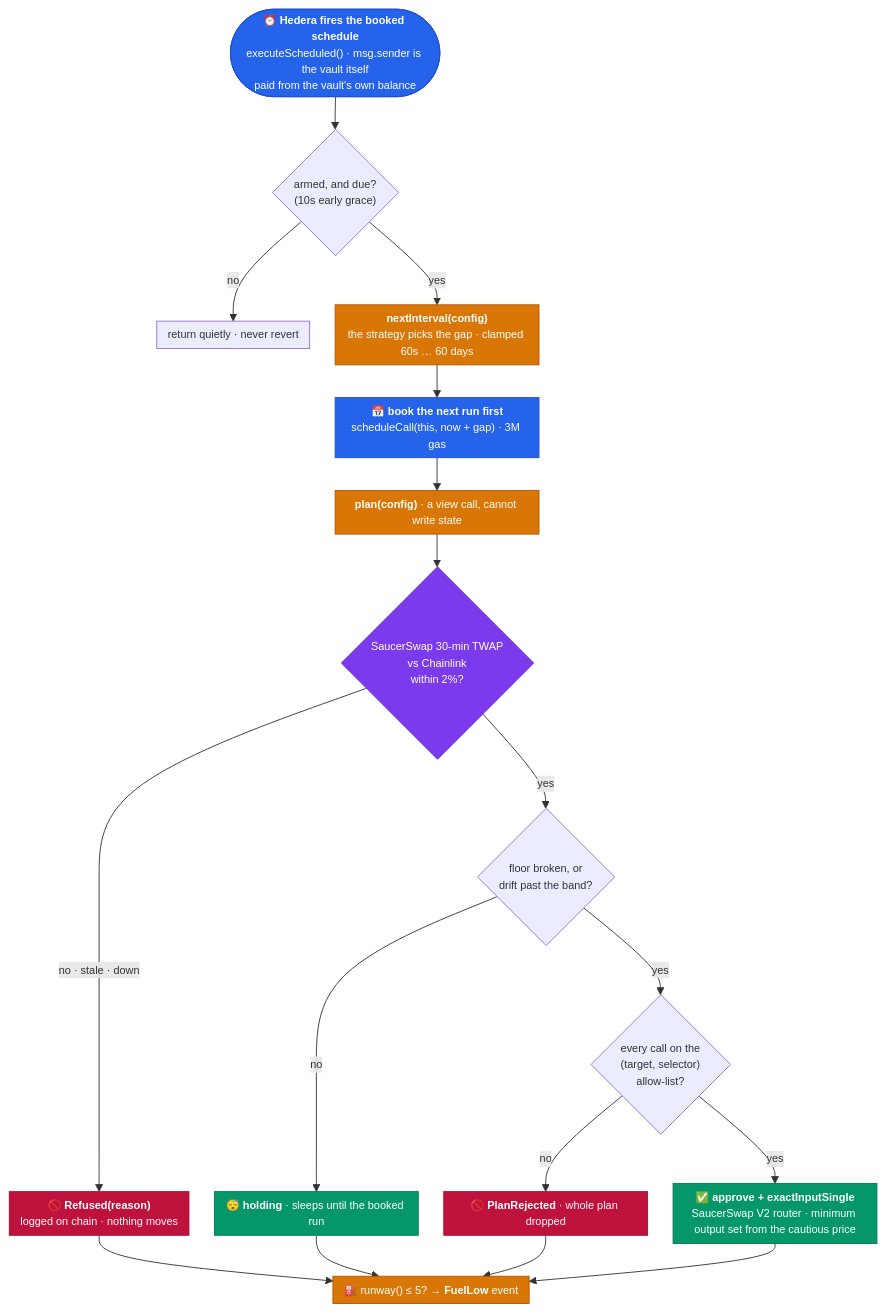
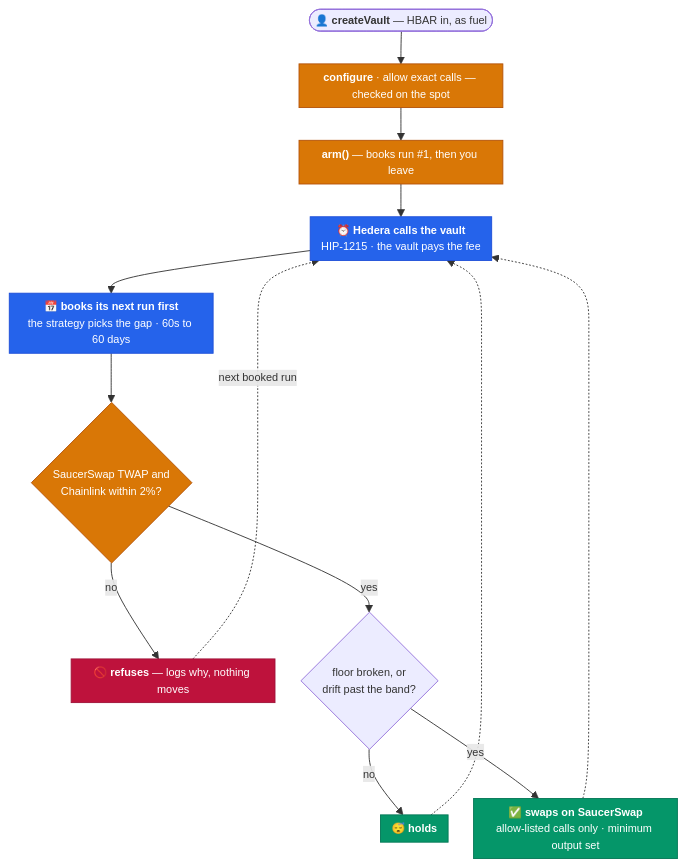
One commit to Madhav-Gupta-28/Nocturne changed the first of 2 diagrams in README.md. Above: the diagram before and after it, drawn with Mermaid. The commit also changed other lines of this file, not shown here.

Commit message:
Tighten the README: one flow diagram, one architecture diagram, no screenshots

````diff
--- a/README.md
+++ b/README.md
@@ -65,48 +53,40 @@
 ```mermaid
 ---
 config:
   flowchart:
     nodeSpacing: 28
     rankSpacing: 36
     padding: 6
     useMaxWidth: true
   themeVariables:
     fontSize: 12px
 ---
 flowchart TD
-    FIRE(["⏰ <b>Hedera fires the booked schedule</b><br/>executeScheduled() · msg.sender is the vault itself<br/>paid from the vault's own balance"])
-    FIRE --> ARMED
-    ARMED{"armed, and due?<br/>(10s early grace)"}
-    ARMED -->|no| NOOP["return quietly · never revert"]
-    ARMED -->|yes| ASK
-    ASK["<b>nextInterval(config)</b><br/>the strategy picks the gap · clamped 60s … 60 days"]
-    ASK --> BOOK
-    BOOK["📅 <b>book the next run first</b><br/>scheduleCall(this, now + gap) · 3M gas"]
-    BOOK --> PLAN
-    PLAN["<b>plan(config)</b> · a view call, cannot write state"]
-    PLAN --> GUARD
-    GUARD{"SaucerSwap 30-min TWAP<br/>vs Chainlink<br/>within 2%?"}
-    GUARD -->|"no · stale · down"| REF["🚫 <b>Refused(reason)</b><br/>logged on chain · nothing moves"]
-    GUARD -->|yes| ACT{"floor broken, or<br/>drift past the band?"}
-    ACT -->|no| HOLD["😴 <b>holding</b> · sleeps until the booked run"]
-    ACT -->|yes| ALLOW
-    ALLOW{"every call on the<br/>(target, selector)<br/>allow-list?"}
-    ALLOW -->|no| REJ["🚫 <b>PlanRejected</b> · whole plan dropped"]
-    ALLOW -->|yes| SWAP["✅ <b>approve + exactInputSingle</b><br/>SaucerSwap V2 router · minimum output set from the cautious price"]
-    SWAP --> FUEL
-    HOLD --> FUEL
-    REF --> FUEL
-    REJ --> FUEL
-    FUEL["⛽ runway() ≤ 5? → <b>FuelLow</b> event"]
+    NEW(["👤 <b>createVault</b> — HBAR in, as fuel"])
+    NEW --> CFG
+    CFG["<b>configure</b> · allow exact calls — checked on the spot"]
+    CFG --> ARM
+    ARM["<b>arm()</b> — books run #1, then you leave"]
+    ARM --> FIRE
+    FIRE["⏰ <b>Hedera calls the vault</b><br/>HIP-1215 · the vault pays the fee"]
+    FIRE --> BOOK
+    BOOK["📅 <b>books its next run first</b><br/>the strategy picks the gap · 60s to 60 days"]
+    BOOK --> AGREE
+    AGREE{"SaucerSwap TWAP and<br/>Chainlink within 2%?"}
+    AGREE -->|no| REF["🚫 <b>refuses</b> — logs why, nothing moves"]
+    AGREE -->|yes| DUE{"floor broken, or<br/>drift past the band?"}
+    DUE -->|no| HOLD["😴 <b>holds</b>"]
+    DUE -->|yes| SWAP["✅ <b>swaps on SaucerSwap</b><br/>allow-listed calls only · minimum output set"]
+    REF -.->|"next booked run"| FIRE
+    HOLD -.-> FIRE
+    SWAP -.-> FIRE
 
+    style CFG fill:#D97706,stroke:#B45309,color:#FFFFFF
+    style ARM fill:#D97706,stroke:#B45309,color:#FFFFFF
+    style AGREE fill:#D97706,stroke:#B45309,color:#FFFFFF
     style FIRE fill:#2563EB,stroke:#1D4ED8,color:#FFFFFF
     style BOOK fill:#2563EB,stroke:#1D4ED8,color:#FFFFFF
-    style ASK fill:#D97706,stroke:#B45309,color:#FFFFFF
-    style PLAN fill:#D97706,stroke:#B45309,color:#FFFFFF
-    style FUEL fill:#D97706,stroke:#B45309,color:#FFFFFF
-    style GUARD fill:#7C3AED,stroke:#6D28D9,color:#FFFFFF
     style SWAP fill:#059669,stroke:#047857,color:#FFFFFF
     style HOLD fill:#059669,stroke:#047857,color:#FFFFFF
     style REF fill:#BE123C,stroke:#9F1239,color:#FFFFFF
-    style REJ fill:#BE123C,stroke:#9F1239,color:#FFFFFF
 ```
````
